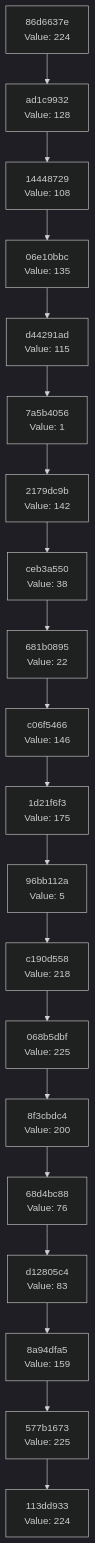
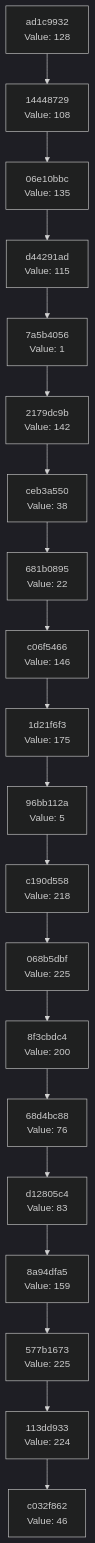
The diagram in docs/CHAIN_VISUALIZATION.md (Abhisheksinha1506/hash-chain-evolver), drawn with Mermaid (dark theme) before and after one commit. The commit also changed 3 other files, not shown here.

````diff
--- a/docs/CHAIN_VISUALIZATION.md
+++ b/docs/CHAIN_VISUALIZATION.md
@@ -3,42 +3,42 @@
 ```mermaid
 graph TD
-    C0["113dd933<br/>Value: 224"]
-    C1["577b1673<br/>Value: 225"]
+    C0["c032f862<br/>Value: 46"]
+    C1["113dd933<br/>Value: 224"]
     C1 --> C0
-    C2["8a94dfa5<br/>Value: 159"]
+    C2["577b1673<br/>Value: 225"]
     C2 --> C1
-    C3["d12805c4<br/>Value: 83"]
+    C3["8a94dfa5<br/>Value: 159"]
     C3 --> C2
-    C4["68d4bc88<br/>Value: 76"]
+    C4["d12805c4<br/>Value: 83"]
     C4 --> C3
-    C5["8f3cbdc4<br/>Value: 200"]
+    C5["68d4bc88<br/>Value: 76"]
     C5 --> C4
-    C6["068b5dbf<br/>Value: 225"]
+    C6["8f3cbdc4<br/>Value: 200"]
     C6 --> C5
-    C7["c190d558<br/>Value: 218"]
+    C7["068b5dbf<br/>Value: 225"]
     C7 --> C6
-    C8["96bb112a<br/>Value: 5"]
+    C8["c190d558<br/>Value: 218"]
     C8 --> C7
-    C9["1d21f6f3<br/>Value: 175"]
+    C9["96bb112a<br/>Value: 5"]
     C9 --> C8
-    C10["c06f5466<br/>Value: 146"]
+    C10["1d21f6f3<br/>Value: 175"]
     C10 --> C9
-    C11["681b0895<br/>Value: 22"]
+    C11["c06f5466<br/>Value: 146"]
     C11 --> C10
-    C12["ceb3a550<br/>Value: 38"]
+    C12["681b0895<br/>Value: 22"]
     C12 --> C11
-    C13["2179dc9b<br/>Value: 142"]
+    C13["ceb3a550<br/>Value: 38"]
     C13 --> C12
-    C14["7a5b4056<br/>Value: 1"]
+    C14["2179dc9b<br/>Value: 142"]
     C14 --> C13
-    C15["d44291ad<br/>Value: 115"]
+    C15["7a5b4056<br/>Value: 1"]
     C15 --> C14
-    C16["06e10bbc<br/>Value: 135"]
+    C16["d44291ad<br/>Value: 115"]
     C16 --> C15
-    C17["14448729<br/>Value: 108"]
+    C17["06e10bbc<br/>Value: 135"]
     C17 --> C16
-    C18["ad1c9932<br/>Value: 128"]
+    C18["14448729<br/>Value: 108"]
     C18 --> C17
-    C19["86d6637e<br/>Value: 224"]
+    C19["ad1c9932<br/>Value: 128"]
     C19 --> C18
 ```
````
